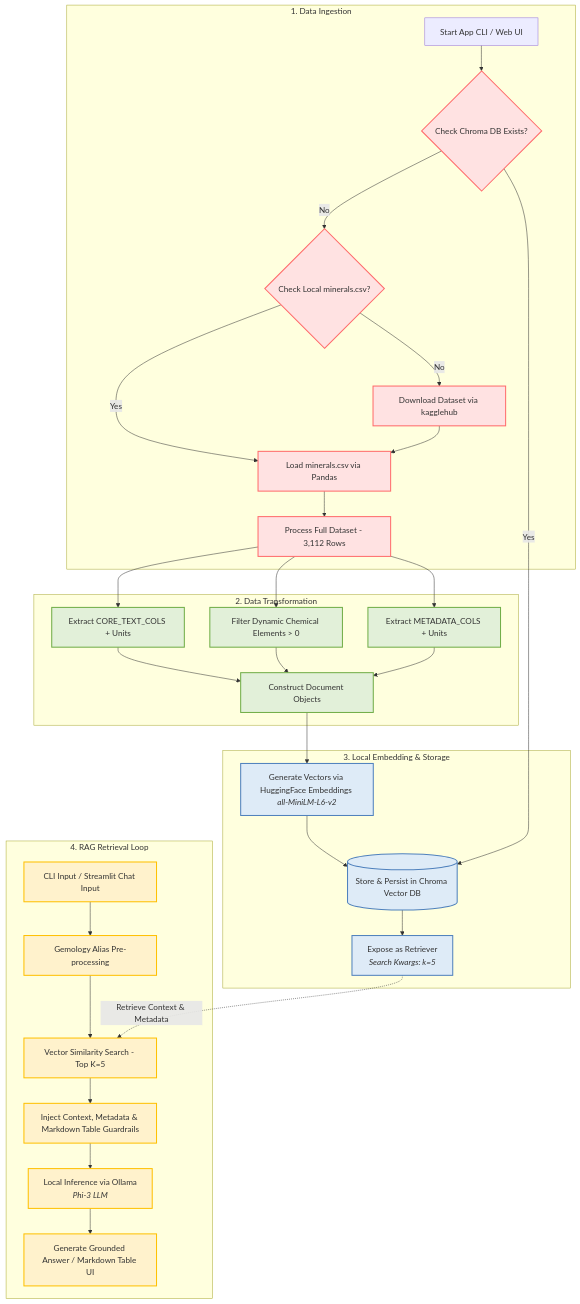
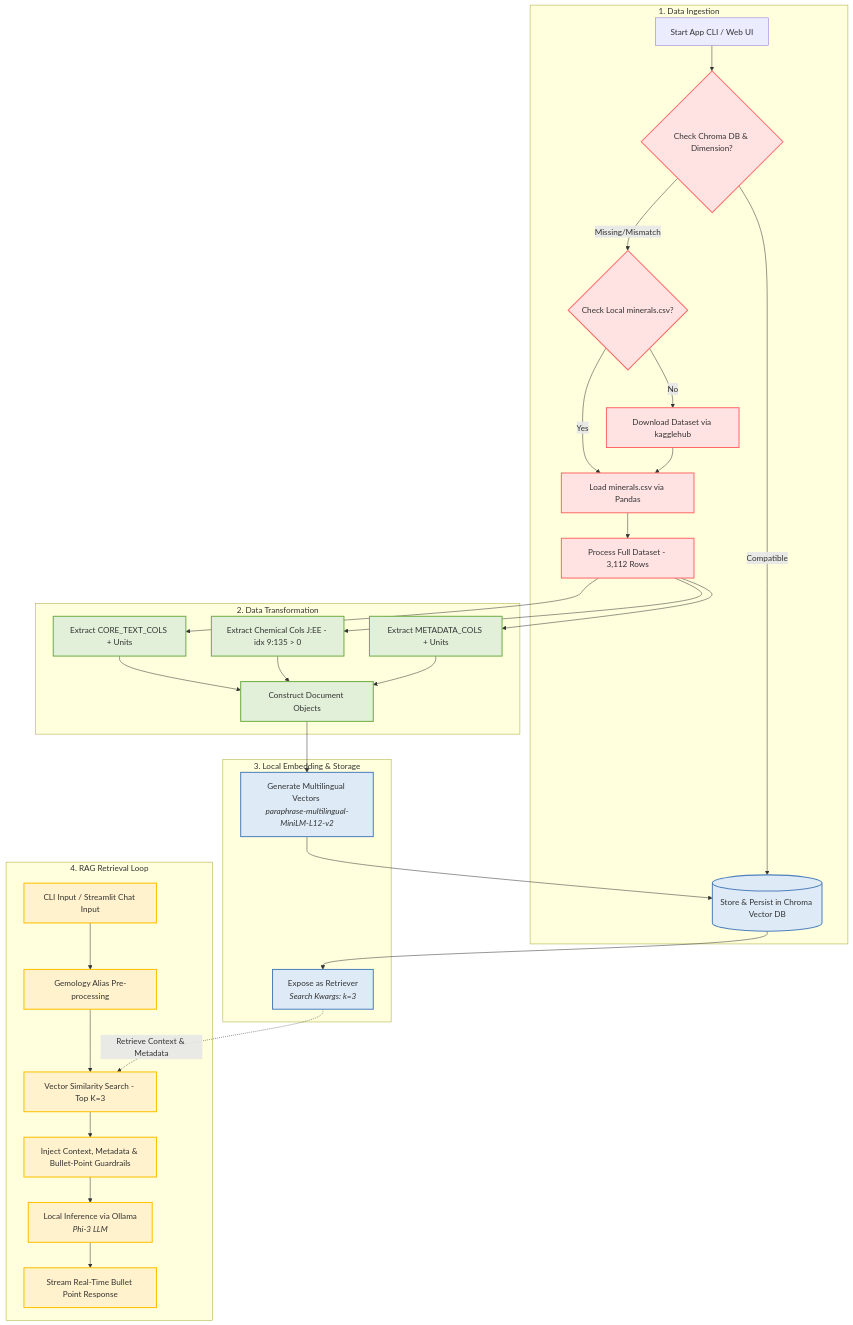
The diagram in README.md (laura-chou/mineral-rag), drawn with Mermaid before and after one commit. The commit also changed other lines of this file and 2 other files, not shown here.

Commit message:
Update embedding model to paraphrase-multilingual-MiniLM-L12-v2, add real-time streaming, bullet point prompt format, and J:EE chemical column slicing

````diff
--- a/README.md
+++ b/README.md
@@ -48,50 +47,50 @@
 ```mermaid
 graph TD
     %% System Styles
     classDef Ingestion fill:#FFE2E2,stroke:#FF6B6B,stroke-width:2px;
     classDef Transformation fill:#E2F0D9,stroke:#70AD47,stroke-width:2px;
     classDef Storage fill:#DEEBF7,stroke:#4F81BD,stroke-width:2px;
     classDef Inference fill:#FFF2CC,stroke:#FFC000,stroke-width:2px;
 
     %% Stage 1: Data Ingestion
     subgraph S1 [1. Data Ingestion]
-        A[Start App CLI / Web UI] --> B{Check Chroma DB Exists?}
-        B -- No --> C{Check Local minerals.csv?}
+        A[Start App CLI / Web UI] --> B{Check Chroma DB & Dimension?}
+        B -- Compatible --> L
+        B -- Missing/Mismatch --> C{Check Local minerals.csv?}
         C -- Yes --> D[Load minerals.csv via Pandas]
         C -- No --> E[Download Dataset via kagglehub]
         E --> D
         D --> F[Process Full Dataset - 3,112 Rows]
     end
     class B,C,D,E,F Ingestion;
 
     %% Stage 2: Data Transformation
     subgraph S2 [2. Data Transformation]
         F --> G[Extract CORE_TEXT_COLS + Units]
-        F --> H[Filter Dynamic Chemical Elements > 0]
+        F --> H[Extract Chemical Cols J:EE - idx 9:135 > 0]
         F --> I[Extract METADATA_COLS + Units]
         G --> J[Construct Document Objects]
         H --> J
         I --> J
     end
     class G,H,I,J Transformation;
 
     %% Stage 3: Local Embedding & Storage
     subgraph S3 [3. Local Embedding & Storage]
-        J --> K[Generate Vectors via HuggingFace Embeddings <br><i>all-MiniLM-L6-v2</i>]
+        J --> K[Generate Multilingual Vectors <br><i>paraphrase-multilingual-MiniLM-L12-v2</i>]
         K --> L[(Store & Persist in Chroma Vector DB)]
-        B -- Yes --> L
-        L --> M[Expose as Retriever <br><i>Search Kwargs: k=5</i>]
+        L --> M[Expose as Retriever <br><i>Search Kwargs: k=3</i>]
     end
     class K,L,M Storage;
 
     %% Stage 4: RAG Retrieval & Inference
     subgraph S4 [4. RAG Retrieval Loop]
         N[CLI Input / Streamlit Chat Input] --> O[Gemology Alias Pre-processing]
-        O --> P[Vector Similarity Search - Top K=5]
+        O --> P[Vector Similarity Search - Top K=3]
         M -.->|Retrieve Context & Metadata| P
-        P --> Q[Inject Context, Metadata & Markdown Table Guardrails]
+        P --> Q[Inject Context, Metadata & Bullet-Point Guardrails]
         Q --> R[Local Inference via Ollama <br><i>Phi-3 LLM</i>]
-        R --> S[Generate Grounded Answer / Markdown Table UI]
+        R --> S[Stream Real-Time Bullet Point Response]
     end
     class N,O,P,Q,R,S Inference;
 ```
````
